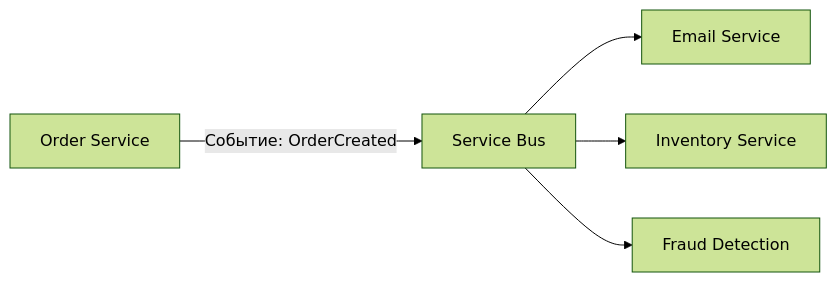
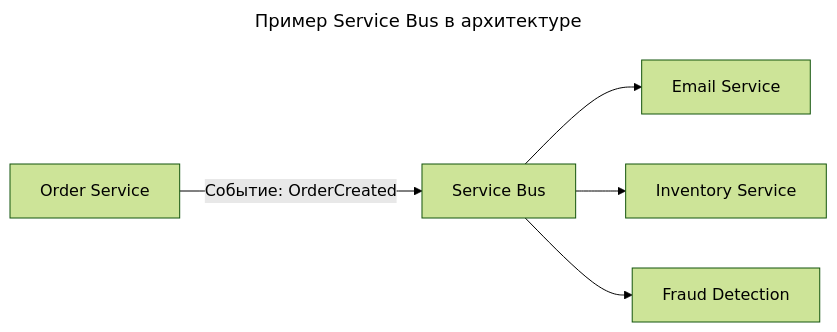
Before and after one commit to mrtxee/enterprise-developer-almanac: the first of 2 diagrams in software-engineer/pattern/enterprise-patterns/Service Bus.md, drawn with Mermaid (forest theme). The commit also changed other lines of this file and 40 other files, not shown here.

````diff
--- a/software-engineer/pattern/enterprise-patterns/Service Bus.md
+++ b/software-engineer/pattern/enterprise-patterns/Service Bus.md
@@ -36,7 +54,10 @@
 ```mermaid
+---
+title: Пример Service Bus в архитектуре
+---
 graph LR
-    A[Order Service] -->|Событие: OrderCreated| SB[Service Bus]
-    SB --> B[Email Service]
-    SB --> C[Inventory Service]
-    SB --> D[Fraud Detection]
+  A[Order Service] -->|Событие: OrderCreated| SB[Service Bus]
+  SB --> B[Email Service]
+  SB --> C[Inventory Service]
+  SB --> D[Fraud Detection]
 ```
````
